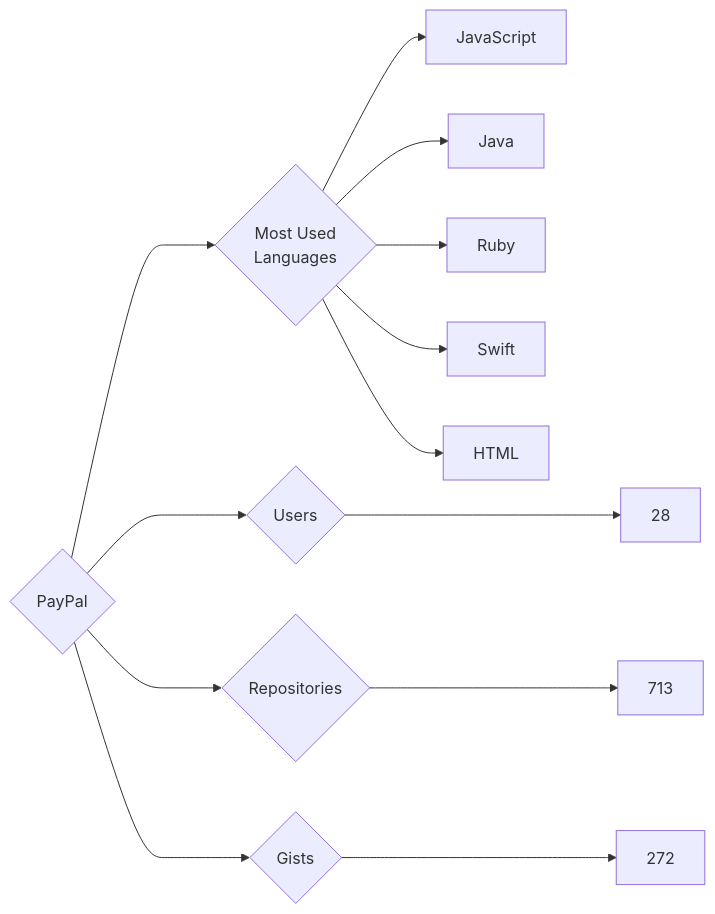
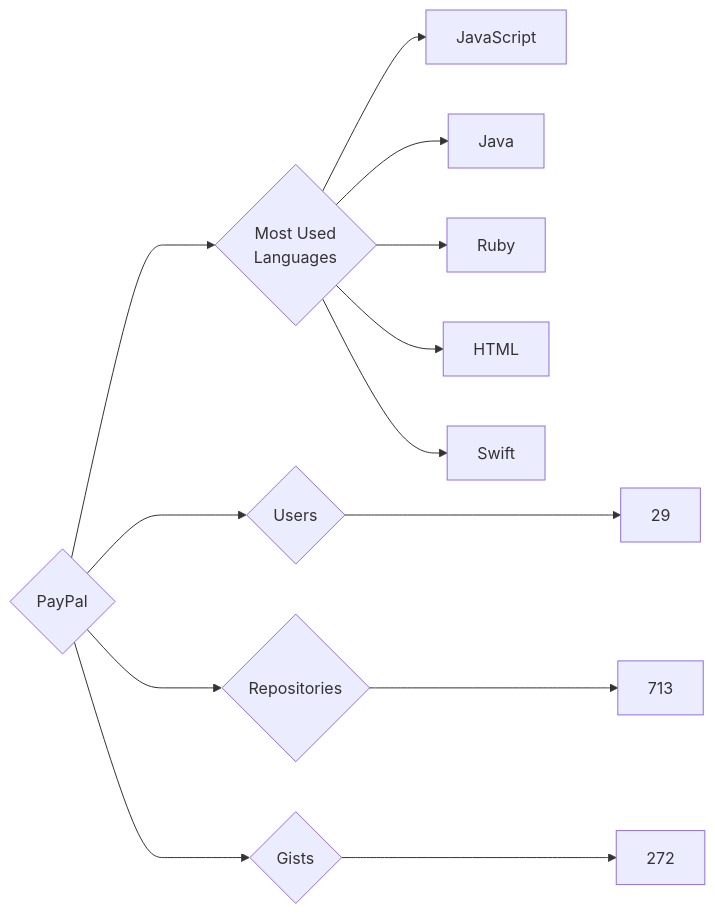
The diagram in targets/PayPal/README.md (trickest/insiders), drawn with Mermaid before and after one commit. The commit also changed 895 other files, not shown here.

````diff
--- a/targets/PayPal/README.md
+++ b/targets/PayPal/README.md
@@ -3,13 +3,13 @@
 ```mermaid
 graph LR
 COMPANY_NAME{PayPal}
-COMPANY_NAME ---> U{Users} ---> UN[28]
+COMPANY_NAME ---> U{Users} ---> UN[29]
 COMPANY_NAME ---> R{Repositories} ---> RN[713]
 COMPANY_NAME ---> G{Gists} ---> GN[272]
 COMPANY_NAME ---> ML{Most Used<br>Languages}
 ML --> JavaScript[JavaScript]
 ML --> Java[Java]
 ML --> Ruby[Ruby]
+ML --> HTML[HTML]
 ML --> Swift[Swift]
-ML --> HTML[HTML]
 ```
````
